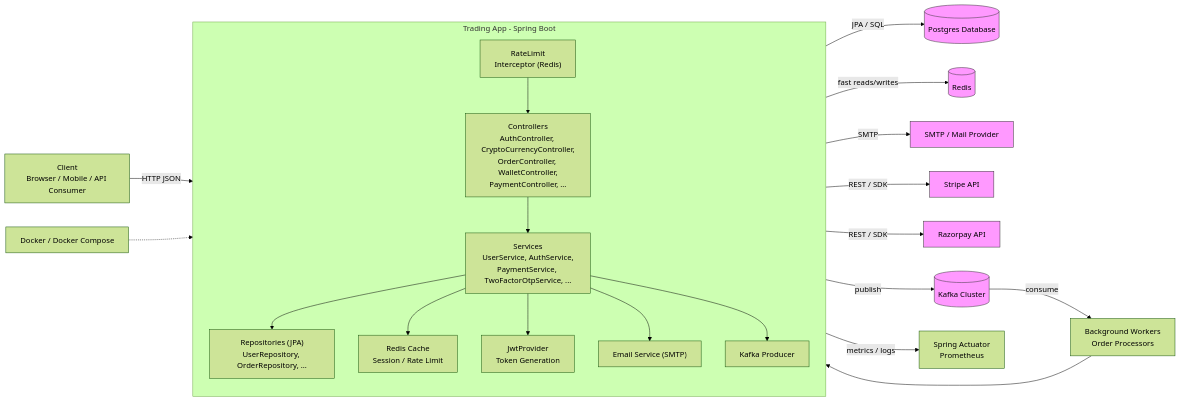
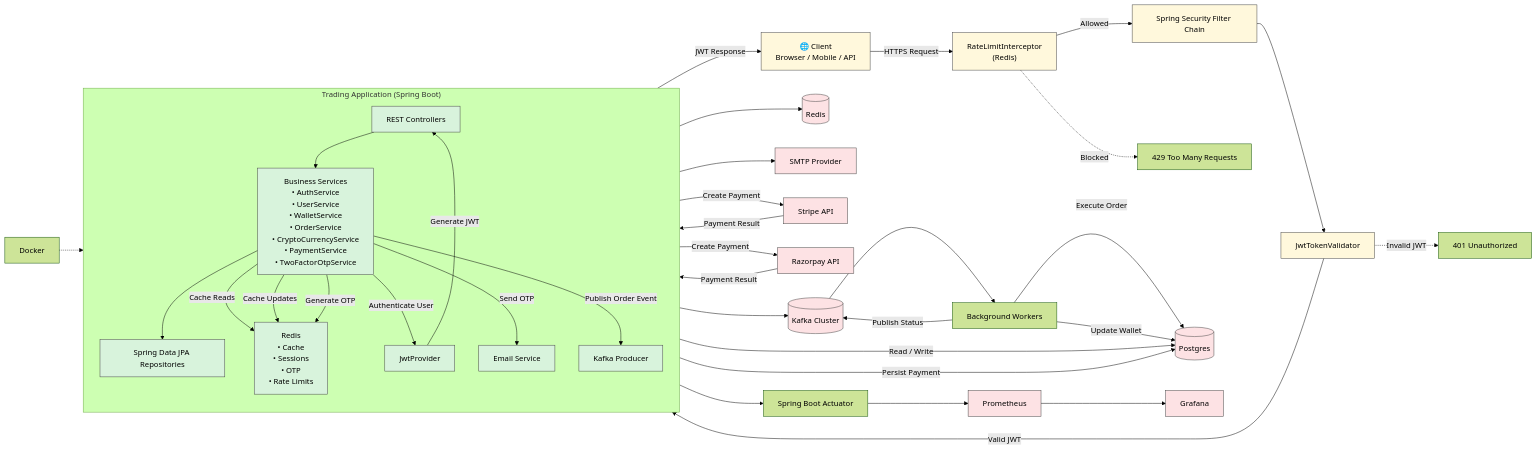
One commit to Somu-Freewheel/Trading_Platform_App changed the diagram in README.md. Above: the diagram before and after it, drawn with Mermaid (forest theme).

````diff
--- a/README.md
+++ b/README.md
@@ -31,35 +31,130 @@
 ```mermaid
 flowchart LR
 
-    Client["Client<br/>Browser / Mobile / API Consumer"] -->|HTTP JSON| RL["RateLimit<br/>Interceptor (Redis)"]
+%% =========================
+%% CLIENT
+%% =========================
 
-    subgraph App["Trading App - Spring Boot"]
-        direction TB
+Client["🌐 Client<br/>Browser / Mobile / API"] -->|HTTPS Request| RateLimit["RateLimitInterceptor<br/>(Redis)"]
+RateLimit -->|Allowed| Security["Spring Security Filter Chain"]
+RateLimit -.->|Blocked| TooMany["429 Too Many Requests"]
 
-        RL --> Controllers["Controllers<br/>AuthController, CryptoCurrencyController,<br/>OrderController, WalletController,<br/>PaymentController, ..."]
+Security --> JwtFilter["JwtTokenValidator"]
+JwtFilter -->|Valid JWT| Controllers
+JwtFilter -.->|Invalid JWT| Unauthorized["401 Unauthorized"]
 
-        Controllers --> Services["Services<br/>UserService, AuthService,<br/>PaymentService, TwoFactorOtpService, ..."]
+%% =========================
+%% APPLICATION
+%% =========================
 
-        Services --> Repos["Repositories (JPA)<br/>UserRepository, OrderRepository, ..."]
+subgraph App["Trading Application (Spring Boot)"]
 
-        Services --> RedisCache["Redis Cache<br/>Session / Rate Limit"]
-        Services --> Jwt["JwtProvider<br/>Token Generation"]
-        Services --> EmailSrv["Email Service (SMTP)"]
-        Services --> Kafka["Kafka Producer"]
-    end
+direction TB
 
-    Repos -->|JPA / SQL| Postgres[(Postgres Database)]
-    RedisCache -->|fast reads/writes| Redis[(Redis)]
-    EmailSrv -->|SMTP| Mail["SMTP / Mail Provider"]
-    Controllers -->|REST / SDK| Stripe["Stripe API"]
-    Controllers -->|REST / SDK| Razorpay["Razorpay API"]
-    Kafka -->|publish| KafkaCluster[(Kafka Cluster)]
-    KafkaCluster -->|consume| Workers["Background Workers<br/>Order Processors"]
-    Workers --> Repos
+Controllers["REST Controllers"]
 
-    App -->|metrics / logs| Actuator["Spring Actuator<br/>Prometheus"]
-    Docker["Docker / Docker Compose"] -.-> App
+Services["Business Services
+• AuthService
+• UserService
+• WalletService
+• OrderService
+• CryptoCurrencyService
+• PaymentService
+• TwoFactorOtpService"]
 
-    classDef ext fill:#f9f,stroke:#333,stroke-width:1px;
-    class Postgres,Redis,Stripe,Razorpay,Mail,KafkaCluster ext;
+Repositories["Spring Data JPA Repositories"]
+
+JwtProvider["JwtProvider"]
+
+RedisCache["Redis
+• Cache
+• Sessions
+• OTP
+• Rate Limits"]
+
+Email["Email Service"]
+
+KafkaProducer["Kafka Producer"]
+
+Controllers --> Services
+Services --> Repositories
+
+end
+
+%% =========================
+%% DATABASES
+%% =========================
+
+Repositories -->|Read / Write| PostgreSQL[(Postgres)]
+
+Services -->|Cache Reads| RedisCache
+Services -->|Cache Updates| RedisCache
+
+RedisCache --> Redis[(Redis)]
+
+%% =========================
+%% AUTHENTICATION FLOW
+%% =========================
+
+Services -->|Authenticate User| JwtProvider
+JwtProvider -->|Generate JWT| Controllers
+Controllers -->|JWT Response| Client
+
+Services -->|Generate OTP| RedisCache
+Services -->|Send OTP| Email
+Email --> SMTP["SMTP Provider"]
+
+%% =========================
+%% PAYMENTS
+%% =========================
+
+Services -->|Create Payment| Stripe["Stripe API"]
+Services -->|Create Payment| Razorpay["Razorpay API"]
+
+Stripe -->|Payment Result| Services
+Razorpay -->|Payment Result| Services
+
+Services -->|Persist Payment| PostgreSQL
+
+%% =========================
+%% ORDER PROCESSING
+%% =========================
+
+Services -->|Publish Order Event| KafkaProducer
+
+KafkaProducer --> Kafka[(Kafka Cluster)]
+
+Kafka --> Workers["Background Workers"]
+
+Workers -->|Execute Order| PostgreSQL
+Workers -->|Update Wallet| PostgreSQL
+Workers -->|Publish Status| Kafka
+
+%% =========================
+%% OBSERVABILITY
+%% =========================
+
+App --> Actuator["Spring Boot Actuator"]
+
+Actuator --> Prometheus["Prometheus"]
+
+Prometheus --> Grafana["Grafana"]
+
+%% =========================
+%% DEPLOYMENT
+%% =========================
+
+Docker["Docker"] -.-> App
+
+%% =========================
+%% STYLING
+%% =========================
+
+classDef infra fill:#FFF8DC,stroke:#444;
+classDef ext fill:#FDE2E4,stroke:#444;
+classDef app fill:#D8F3DC,stroke:#444;
+
+class Controllers,Services,Repositories,JwtProvider,RedisCache,Email,KafkaProducer app;
+class PostgreSQL,Redis,Kafka,Stripe,Razorpay,SMTP,Prometheus,Grafana ext;
+class Client,Security,JwtFilter,RateLimit infra;
 ```
````
